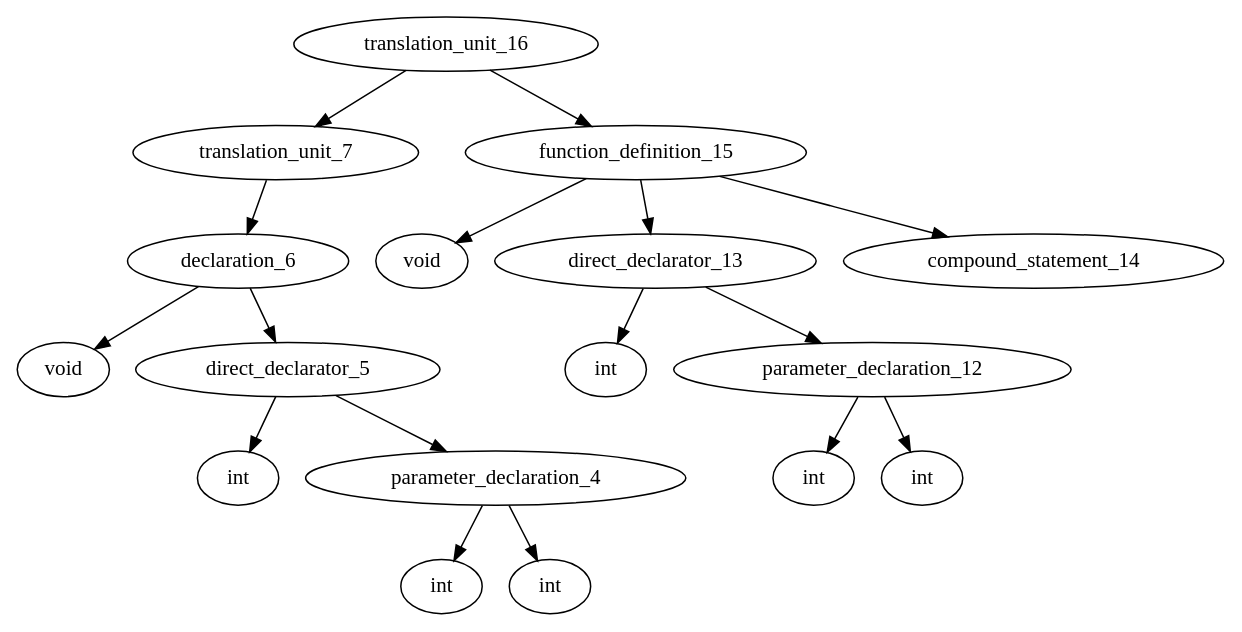
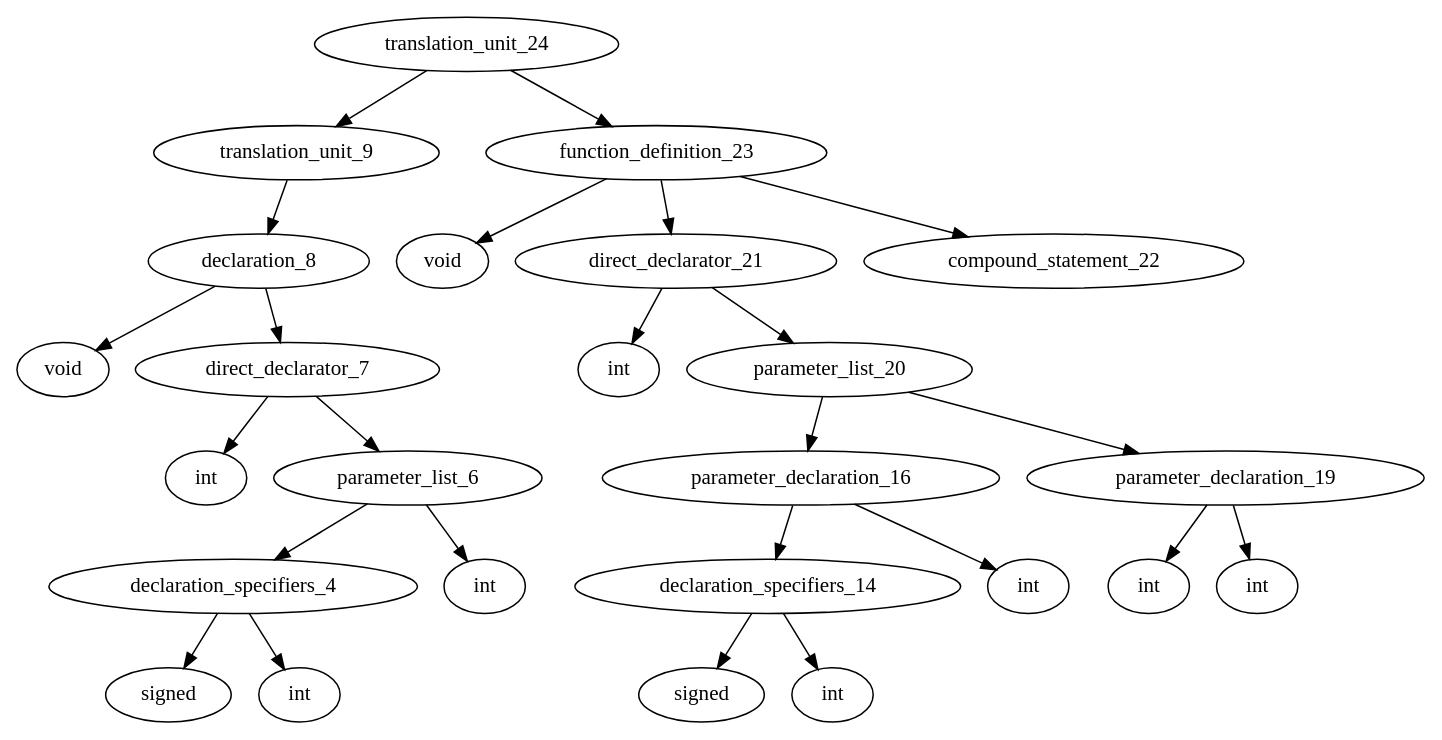
One commit to ahpalmerUNR/c_compiler changed the diagram in graphs/default.gv. Above: the diagram before and after it, drawn with Graphviz. The commit also changed 8 other files, not shown here.

```diff
--- a/graphs/default.gv
+++ b/graphs/default.gv
@@ -1,26 +1,38 @@
 digraph AST {
-	translation_unit_16 -> translation_unit_7;
-	translation_unit_7 -> declaration_6;
-	declaration_6 -> type_specifier_0;
+	translation_unit_24 -> translation_unit_9;
+	translation_unit_9 -> declaration_8;
+	declaration_8 -> type_specifier_0;
 	type_specifier_0 [label="void"]
-	declaration_6 -> direct_declarator_5;
-	direct_declarator_5 -> identifier_1;
+	declaration_8 -> direct_declarator_7;
+	direct_declarator_7 -> identifier_1;
 	identifier_1 [label="int"]
-	direct_declarator_5 -> parameter_declaration_4;
-	parameter_declaration_4 -> type_specifier_2;
-	type_specifier_2 [label="int"]
-	parameter_declaration_4 -> identifier_3;
-	identifier_3 [label="int"]
-	translation_unit_16 -> function_definition_15;
-	function_definition_15 -> type_specifier_8;
-	type_specifier_8 [label="void"]
-	function_definition_15 -> direct_declarator_13;
-	direct_declarator_13 -> identifier_9;
-	identifier_9 [label="int"]
-	direct_declarator_13 -> parameter_declaration_12;
-	parameter_declaration_12 -> type_specifier_10;
-	type_specifier_10 [label="int"]
-	parameter_declaration_12 -> identifier_11;
+	direct_declarator_7 -> parameter_list_6;
+	parameter_list_6 -> declaration_specifiers_4;
+	declaration_specifiers_4 -> type_specifier_2;
+	type_specifier_2 [label="signed"]
+	declaration_specifiers_4 -> type_specifier_3;
+	type_specifier_3 [label="int"]
+	parameter_list_6 -> type_specifier_5;
+	type_specifier_5 [label="int"]
+	translation_unit_24 -> function_definition_23;
+	function_definition_23 -> type_specifier_10;
+	type_specifier_10 [label="void"]
+	function_definition_23 -> direct_declarator_21;
+	direct_declarator_21 -> identifier_11;
 	identifier_11 [label="int"]
-	function_definition_15 -> compound_statement_14;
+	direct_declarator_21 -> parameter_list_20;
+	parameter_list_20 -> parameter_declaration_16;
+	parameter_declaration_16 -> declaration_specifiers_14;
+	declaration_specifiers_14 -> type_specifier_12;
+	type_specifier_12 [label="signed"]
+	declaration_specifiers_14 -> type_specifier_13;
+	type_specifier_13 [label="int"]
+	parameter_declaration_16 -> identifier_15;
+	identifier_15 [label="int"]
+	parameter_list_20 -> parameter_declaration_19;
+	parameter_declaration_19 -> type_specifier_17;
+	type_specifier_17 [label="int"]
+	parameter_declaration_19 -> identifier_18;
+	identifier_18 [label="int"]
+	function_definition_23 -> compound_statement_22;
 }
```
